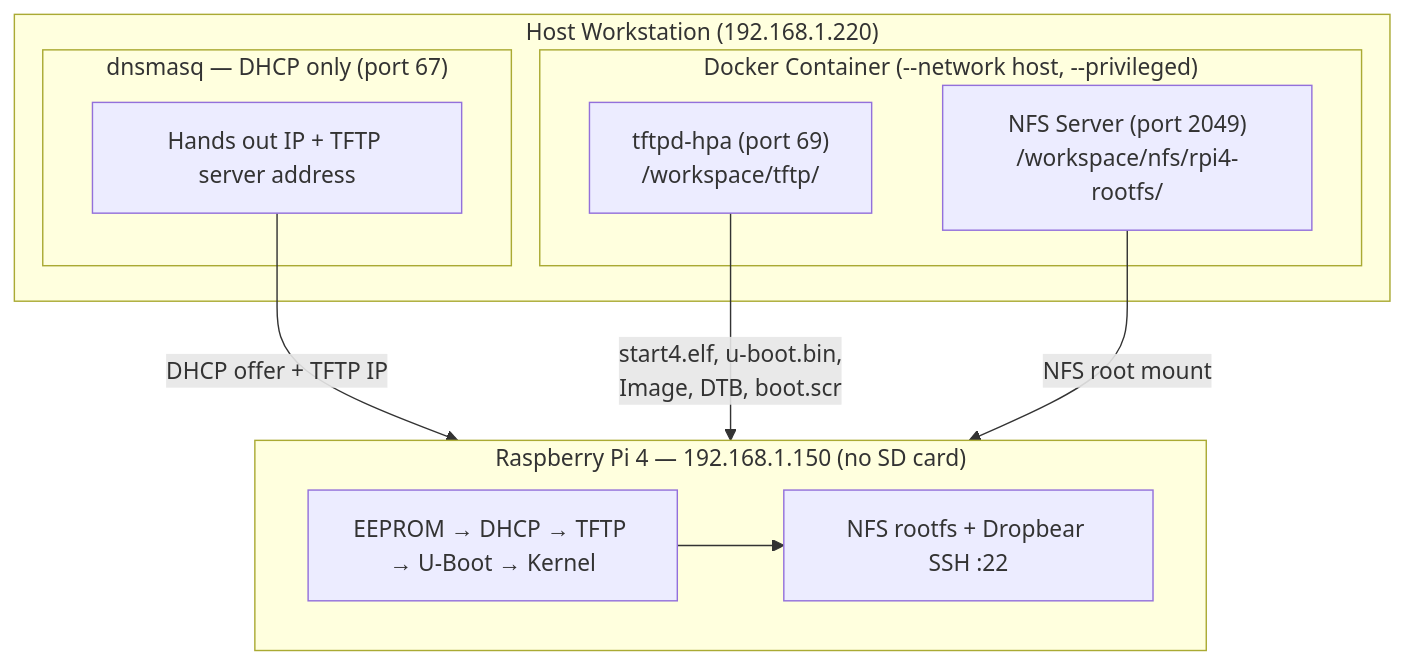
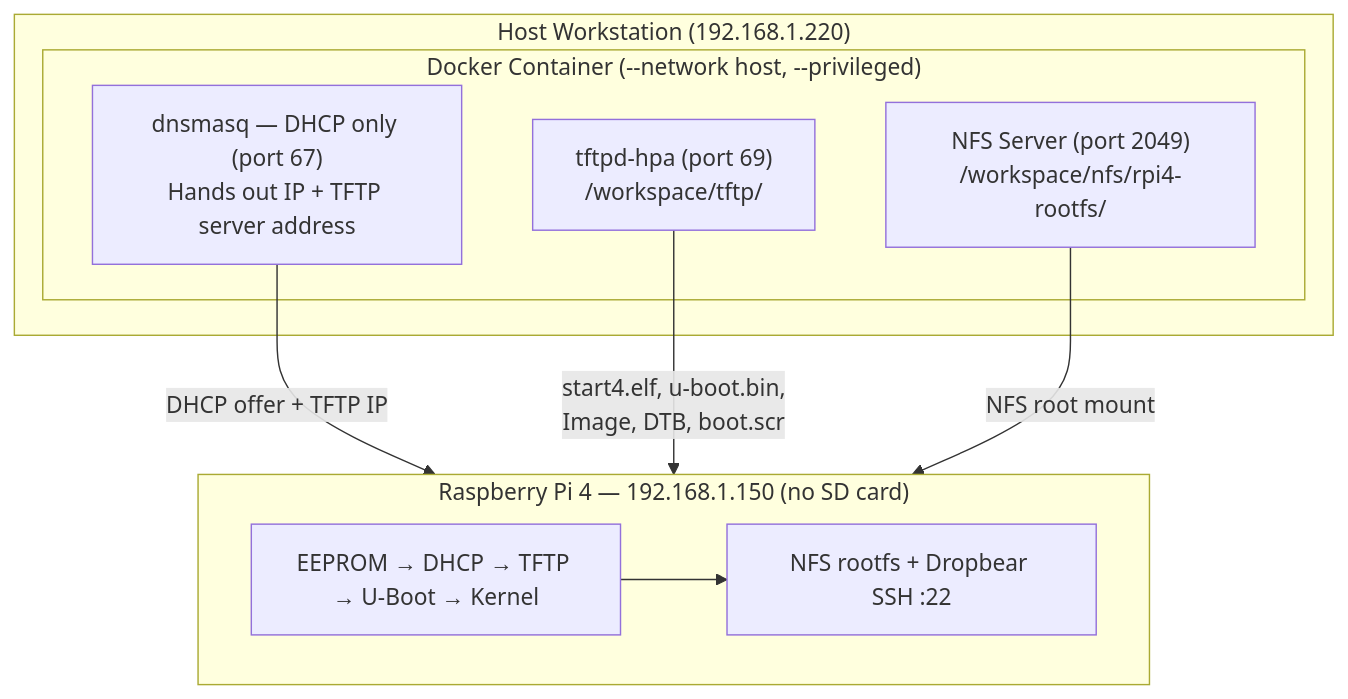
Before and after one commit to solitontech/arm-embedded-linux-lab: the second of 2 diagrams in docs/raspi4/eeprom_netboot.md, drawn with Mermaid. The commit also changed other lines of this file and 5 other files, not shown here.

First line of the commit message:
feat(docker): add dnsmasq DHCP server for EEPROM network boot

````diff
--- a/docs/raspi4/eeprom_netboot.md
+++ b/docs/raspi4/eeprom_netboot.md
@@ -196,22 +197,20 @@
 ```mermaid
 graph TD
     subgraph HOST["Host Workstation (192.168.1.220)"]
-        subgraph DNSMASQ["dnsmasq — DHCP only (port 67)"]
-            D1["Hands out IP + TFTP server address"]
-        end
         subgraph DOCKER["Docker Container (--network host, --privileged)"]
+            D1["dnsmasq — DHCP only (port 67)<br/>Hands out IP + TFTP server address"]
             T["tftpd-hpa (port 69)<br/>/workspace/tftp/"]
             N["NFS Server (port 2049)<br/>/workspace/nfs/rpi4-rootfs/"]
         end
     end
 
     subgraph PI["Raspberry Pi 4 — 192.168.1.150 (no SD card)"]
         P1["EEPROM → DHCP → TFTP → U-Boot → Kernel"]
         P2["NFS rootfs + Dropbear SSH :22"]
         P1 --> P2
     end
 
     D1 -- "DHCP offer + TFTP IP" --> PI
     T  -- "start4.elf, u-boot.bin,<br/>Image, DTB, boot.scr" --> PI
     N  -- "NFS root mount" --> PI
 ```
````
